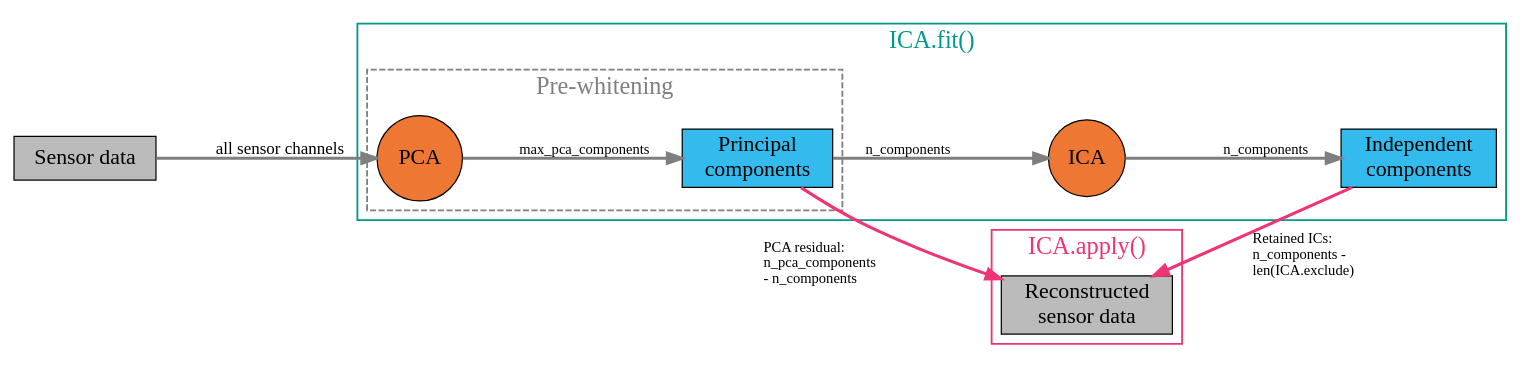
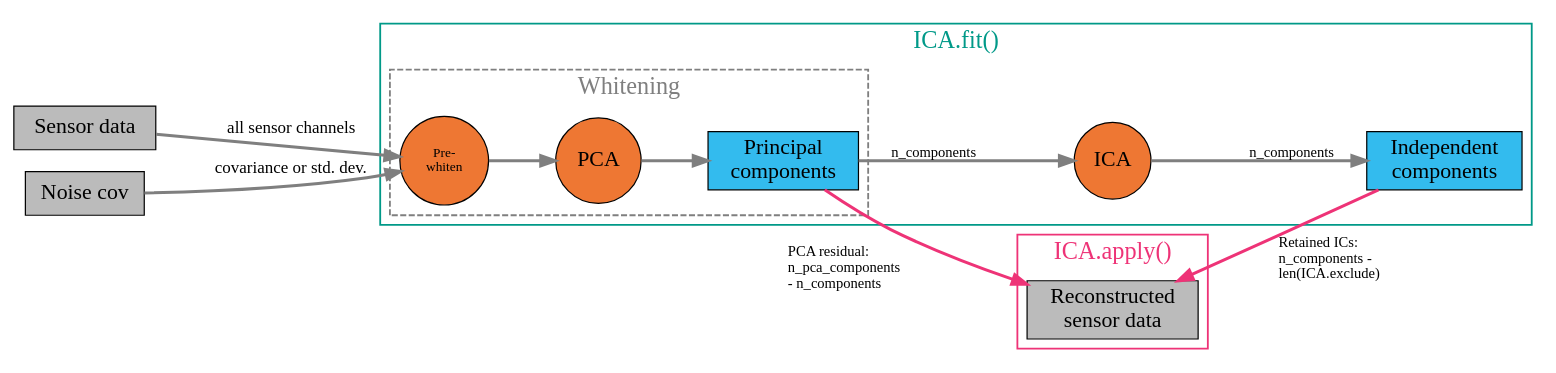
One commit to mne-tools/mne-python changed the diagram in doc/_static/diagrams/ica.dot. Above: the diagram before and after it, drawn with Graphviz. The commit also changed 3 other files, not shown here.

```diff
--- a/doc/_static/diagrams/ica.dot
+++ b/doc/_static/diagrams/ica.dot
@@ -1,72 +1,77 @@
 digraph ICAdiagram {
     /* LAYOUT CONTROL */
     rankdir=LR
     newrank=true
     ranksep=0.75
     clusterrank=local
 
     /* GLOBAL STYLES */
     splines=true
     fontsize=20
     fontname="Source Code Pro"
 
     node [style="filled"
           fontsize=18
           fontname="Source Sans Pro"]
 
     edge [arrowsize=1.2
           penwidth=2.5
           color="gray50"
           fontsize=12
           fontname="Source Code Pro"]
 
-    /* starting node */
+    /* starting nodes */
     sensor [label="Sensor data" shape="box" fillcolor="#bbbbbb"]
+    cov [label="Noise cov" shape="box" fillcolor="#bbbbbb"]
 
     /* ICA.FIT() */
     subgraph cluster_0 {
         label="ICA.fit()"
         color="#009988"
         fontcolor="#009988"
         penwidth=1.5
 
+
         /* PRE-WHITENING */
         subgraph cluster_1 {
-            label="Pre-whitening"
+            label="Whitening"
             style="dashed"
             fontname="Source Sans Pro"
             color="gray50"
             fontcolor="gray50"
             /* nodes & edges */
+            pre [label="Pre-\nwhiten" fontsize=11 shape="circle" fillcolor="#ee7733"]
+            pre -> pca
             pca        [label="PCA"                   shape="circle" fillcolor="#ee7733"]
             pcs        [label="Principal\ncomponents" shape="box"    fillcolor="#33bbee"]
-            pca -> pcs [label="max_pca_components\r"]
+            pca -> pcs
         }
 
         /* nodes & edges */
         ica        [label="ICA"                     shape="circle" fillcolor="#ee7733"]
         ics        [label="Independent\ncomponents" shape="box"    fillcolor="#33bbee"]
         ica -> ics [label="n_components\r"]
     }
 
     /* ICA.APPLY() */
     subgraph cluster_2 {
         label="ICA.apply()"
         color="#ee3377"
         fontcolor="#ee3377"
         penwidth=1.5
         /* ending node */
         recon [label="Reconstructed\nsensor data" shape="box" fillcolor="#bbbbbb"]
     }
 
     /* subgraph-crossing edges */
-    sensor -> pca  [label="all sensor channels\r" fontsize=14 fontname="Source Sans Pro"]
+    sensor -> pre  [label="all sensor channels\r" fontsize=14 fontname="Source Sans Pro"]
+    cov -> pre     [label="covariance or std. dev.\r" fontsize=14 fontname="Source Sans Pro"]
     pcs -> ica     [label="n_components\l"]
     ics -> recon   [constraint=false color="#ee3377"
                     xlabel="Retained ICs:\ln_components -\llen(ICA.exclude)\l"]
     pcs -> recon   [constraint=false color="#ee3377"
                     xlabel="PCA residual:\ln_pca_components\l- n_components\l"]
 
     /* position recon box where we want it */
     { rank="same" recon ica }
 }
```
